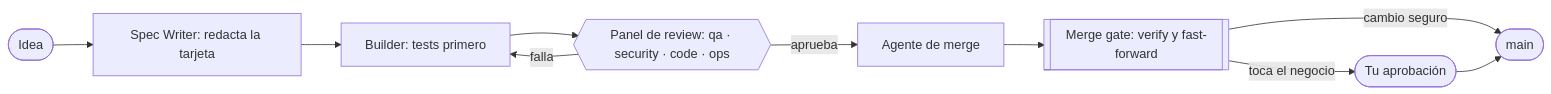
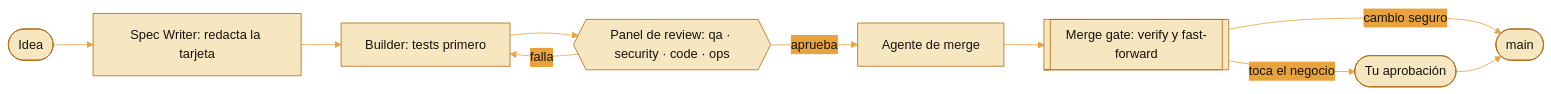
One commit to Tortillaa/prz-factory changed the diagram in README.md. Above: the diagram before and after it, drawn with Mermaid. The commit also changed other lines of this file and 1 other file, not shown here.

Commit message:
🎨 [docs] readme: estilo Tortillaa con banner, badges, diagrama temático y firma

````diff
--- a/README.md
+++ b/README.md
@@ -12,12 +44,13 @@
 ```mermaid
+%%{init: {"theme": "base", "themeVariables": {"primaryColor": "#F6E7C1", "primaryTextColor": "#16130F", "primaryBorderColor": "#B36A12", "lineColor": "#E8A33D", "secondaryColor": "#E8A33D", "tertiaryColor": "#FBF3E1", "fontFamily": "ui-sans-serif, Segoe UI, Helvetica, Arial"}}}%%
 flowchart LR
   idea([Idea]) --> spec["Spec Writer: redacta la tarjeta"]
   spec --> build["Builder: tests primero"]
   build --> panel{{"Panel de review: qa · security · code · ops"}}
   panel -- falla --> build
   panel -- aprueba --> merge[Agente de merge]
   merge --> gate[["Merge gate: verify y fast-forward"]]
   gate -- cambio seguro --> main([main])
   gate -- toca el negocio --> you([Tu aprobación])
   you --> main
 ```
````
